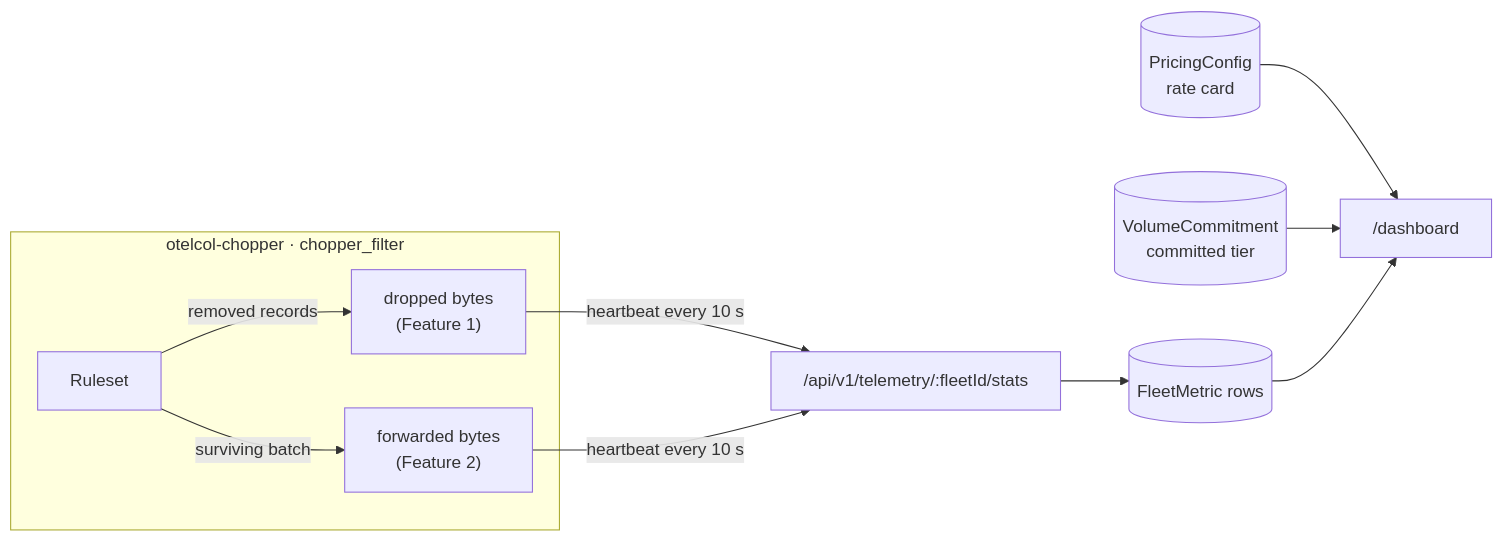
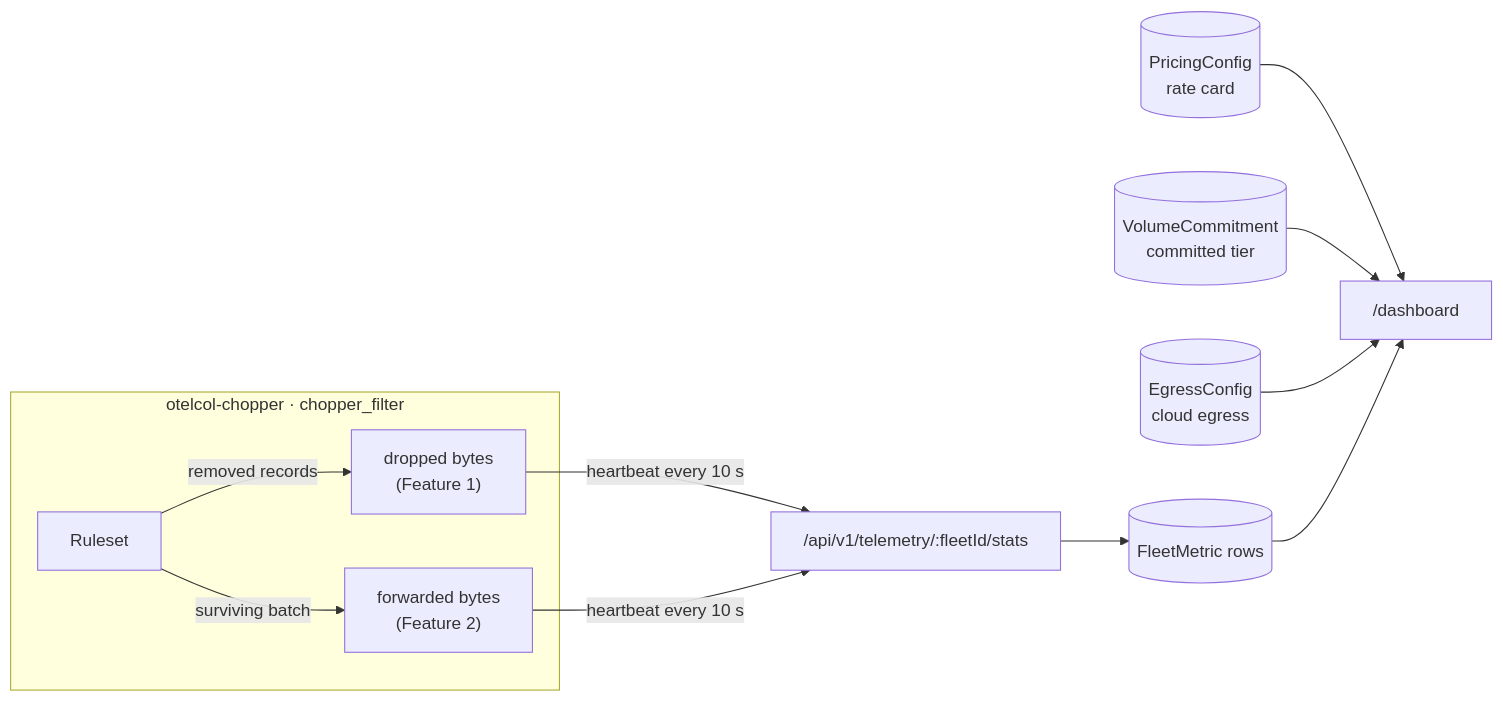
The diagram in docs/features/README.md (PRIYAM232/telemetry-chopper), drawn with Mermaid before and after one commit. The commit also changed other lines of this file and 13 other files, not shown here.

First line of the commit message:
Add cloud egress savings for a combined infrastructure + ingest total

````diff
--- a/docs/features/README.md
+++ b/docs/features/README.md
@@ -15,12 +16,13 @@
 ```mermaid
 flowchart LR
   subgraph Collector["otelcol-chopper · chopper_filter"]
     R[Ruleset] -->|removed records| D["dropped bytes<br/>(Feature 1)"]
     R -->|surviving batch| F["forwarded bytes<br/>(Feature 2)"]
   end
   D & F -->|heartbeat every 10 s| API["/api/v1/telemetry/:fleetId/stats"]
   API --> DB[("FleetMetric rows")]
   RC[("PricingConfig<br/>rate card")] --> Dash
   VC[("VolumeCommitment<br/>committed tier")] --> Dash
+  EC[("EgressConfig<br/>cloud egress")] --> Dash
   DB --> Dash["/dashboard"]
 ```
````
